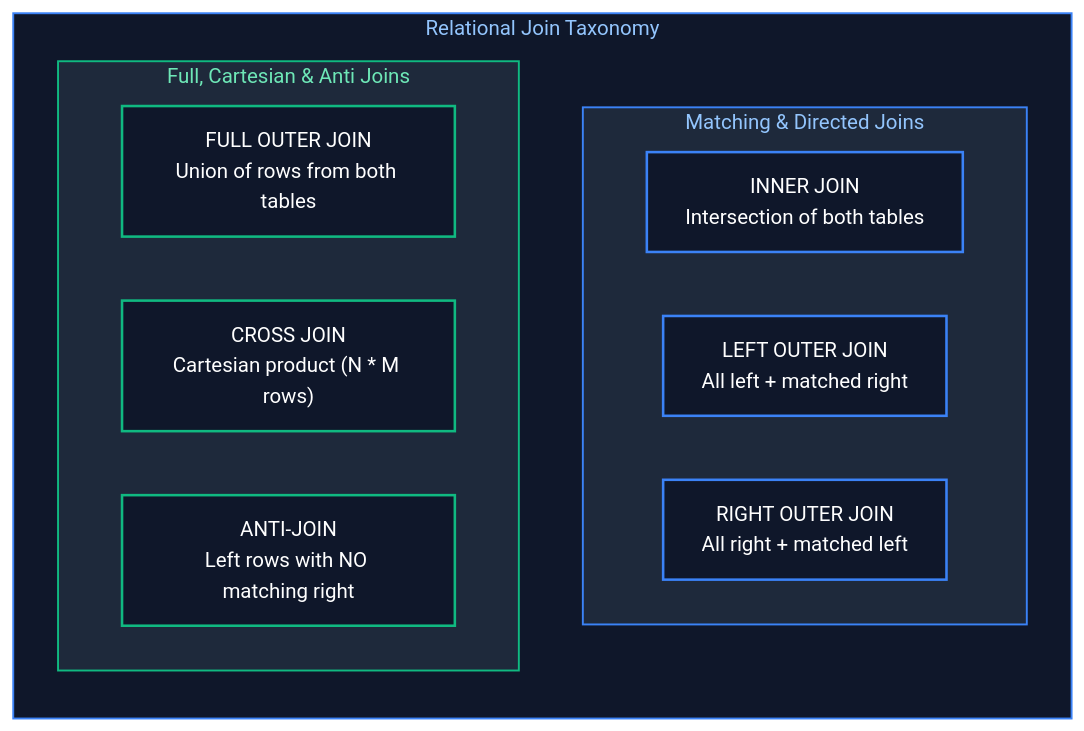
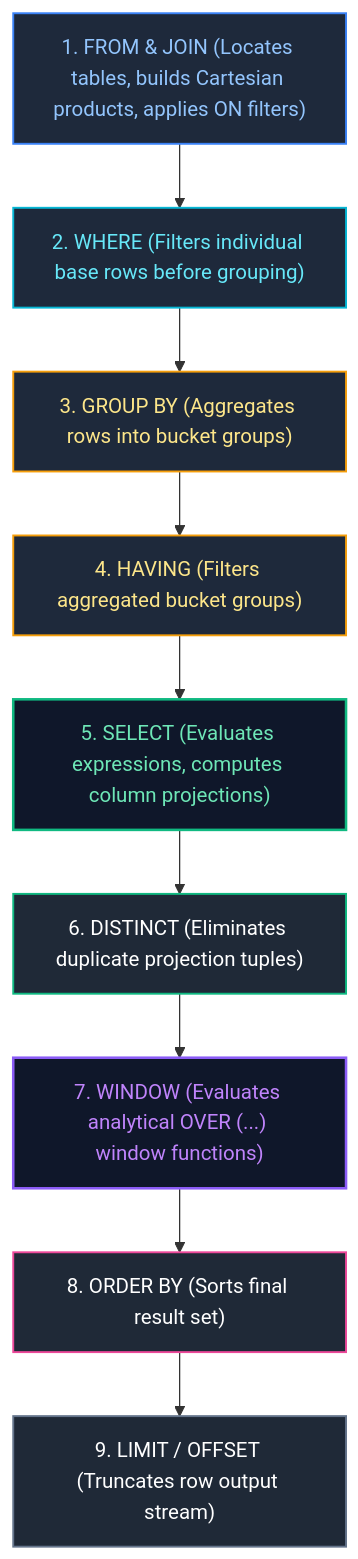
The third of 13 diagrams in Java Backend Engineering/09_relational_databases_and_sql.md (joydeep-biswas/Interview-Preparation), drawn with Mermaid before and after one commit. The commit also changed other lines of this file and 143 other files, not shown here.

````diff
--- a/Java Backend Engineering/09_relational_databases_and_sql.md
+++ b/Java Backend Engineering/09_relational_databases_and_sql.md
@@ -105,28 +268,22 @@
 ```mermaid
-flowchart LR
-    subgraph Joins ["Relational Join Taxonomy"]
-        subgraph StandardJoins ["Matching & Directed Joins"]
-            direction LR
-            Inner["INNER JOIN<br/>Intersection of both tables"]
-            Left["LEFT OUTER JOIN<br/>All left + matched right"]
-            Right["RIGHT OUTER JOIN<br/>All right + matched left"]
-        end
-        subgraph SpecializedJoins ["Full, Cartesian & Anti Joins"]
-            direction LR
-            Full["FULL OUTER JOIN<br/>Union of rows from both tables"]
-            Cross["CROSS JOIN<br/>Cartesian product (N * M rows)"]
-            Anti["ANTI-JOIN<br/>Left rows with NO matching right"]
-        end
-    end
+flowchart TD
+    Step1["1. FROM & JOIN (Locates tables, builds Cartesian products, applies ON filters)"]
+    --> Step2["2. WHERE (Filters individual base rows before grouping)"]
+    --> Step3["3. GROUP BY (Aggregates rows into bucket groups)"]
+    --> Step4["4. HAVING (Filters aggregated bucket groups)"]
+    --> Step5["5. SELECT (Evaluates expressions, computes column projections)"]
+    --> Step6["6. DISTINCT (Eliminates duplicate projection tuples)"]
+    --> Step7["7. WINDOW (Evaluates analytical OVER (...) window functions)"]
+    --> Step8["8. ORDER BY (Sorts final result set)"]
+    --> Step9["9. LIMIT / OFFSET (Truncates row output stream)"]
 
-    style Joins fill:#0f172a,stroke:#3b82f6,stroke-width:1.5px,color:#93c5fd
-    style StandardJoins fill:#1e293b,stroke:#3b82f6,stroke-width:1.5px,color:#93c5fd
-    style SpecializedJoins fill:#1e293b,stroke:#10b981,stroke-width:1.5px,color:#6ee7b7
-
-    style Inner fill:#0f172a,stroke:#3b82f6,stroke-width:2px,color:#fff
-    style Left fill:#0f172a,stroke:#3b82f6,stroke-width:2px,color:#fff
-    style Right fill:#0f172a,stroke:#3b82f6,stroke-width:2px,color:#fff
-    style Full fill:#0f172a,stroke:#10b981,stroke-width:2px,color:#fff
-    style Cross fill:#0f172a,stroke:#10b981,stroke-width:2px,color:#fff
-    style Anti fill:#0f172a,stroke:#10b981,stroke-width:2px,color:#fff
+    style Step1 fill:#1e293b,stroke:#3b82f6,stroke-width:1.5px,color:#93c5fd
+    style Step2 fill:#1e293b,stroke:#06b6d4,stroke-width:1.5px,color:#67e8f9
+    style Step3 fill:#1e293b,stroke:#f59e0b,stroke-width:1.5px,color:#fde68a
+    style Step4 fill:#1e293b,stroke:#f59e0b,stroke-width:1.5px,color:#fde68a
+    style Step5 fill:#0f172a,stroke:#10b981,stroke-width:2px,color:#6ee7b7
+    style Step6 fill:#1f2937,stroke:#10b981,stroke-width:1.5px,color:#fff
+    style Step7 fill:#0f172a,stroke:#8b5cf6,stroke-width:2px,color:#c084fc
+    style Step8 fill:#1f2937,stroke:#ec4899,stroke-width:1.5px,color:#fff
+    style Step9 fill:#1f2937,stroke:#64748b,stroke-width:1.5px,color:#fff
 ```
````
